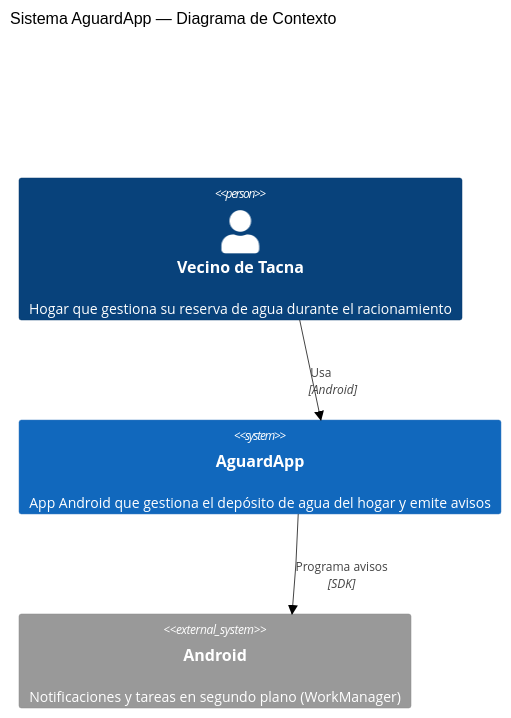
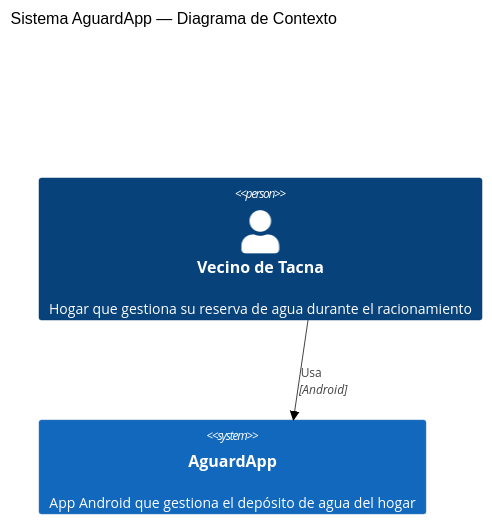
Before and after one commit to IkerASierraR/AguardApp: the second of 5 diagrams in Readme.md, drawn with Mermaid (forest theme). The commit also changed other lines of this file and 109 other files, not shown here.

````diff
--- a/Readme.md
+++ b/Readme.md
@@ -176,13 +174,12 @@
 ```mermaid
 C4Context
     title Sistema AguardApp — Diagrama de Contexto
 
     Person(user, "Vecino de Tacna", "Hogar que gestiona su reserva de agua durante el racionamiento")
 
-    System(app, "AguardApp", "App Android que gestiona el depósito de agua del hogar y emite avisos")
+    System(app, "AguardApp", "App Android que gestiona el depósito de agua del hogar")
 
-    System_Ext(android, "Android", "Notificaciones y tareas en segundo plano (WorkManager)")
 
     Rel(user, app, "Usa", "Android")
-    Rel(app, android, "Programa avisos", "SDK")
+
 ```
````
